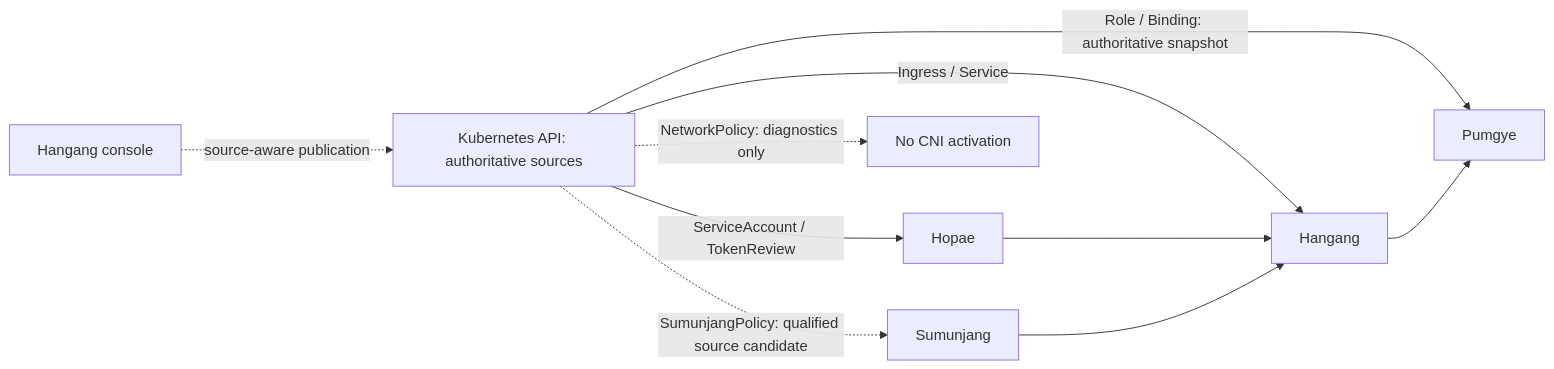
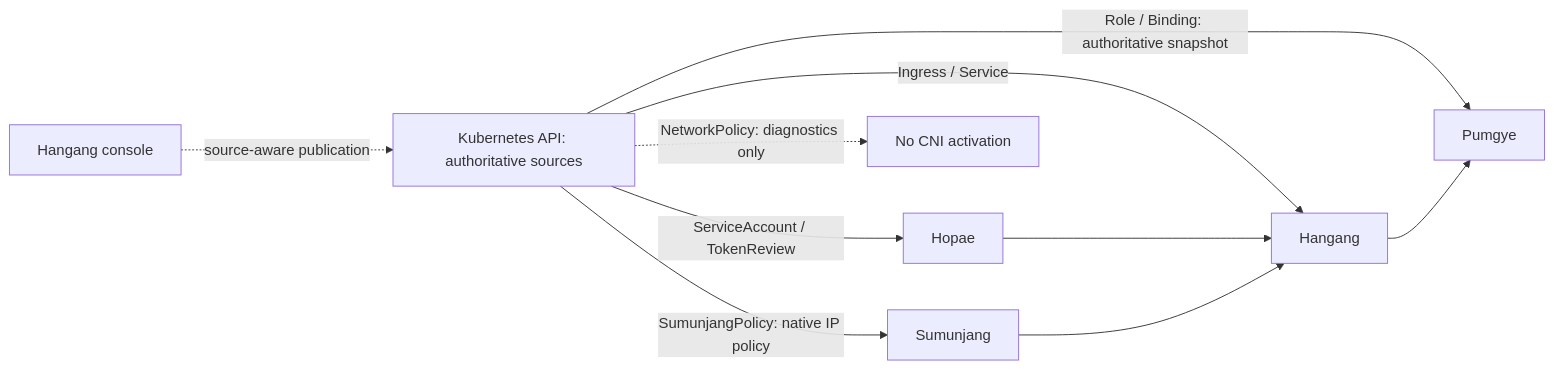
Before and after one commit to ziozzang/hangang-zerotrust: the third of 3 diagrams in README.md, drawn with Mermaid. The commit also changed other lines of this file and 7 other files, not shown here.

Commit message:
docs: record qualified Sumunjang native source release [skip ci]

````diff
--- a/README.md
+++ b/README.md
@@ -181,12 +181,12 @@
 ```mermaid
 flowchart LR
   K["Kubernetes API: authoritative sources"] -->|Ingress / Service| H[Hangang]
   K -->|ServiceAccount / TokenReview| O[Hopae]
   K -->|Role / Binding: authoritative snapshot| P[Pumgye]
-  K -.->|SumunjangPolicy: qualified source candidate| S[Sumunjang]
+  K -->|SumunjangPolicy: native IP policy| S[Sumunjang]
   K -.->|NetworkPolicy: diagnostics only| N[No CNI activation]
   U[Hangang console] -.->|source-aware publication| K
   O --> H
   S --> H
   H --> P
 ```
````
